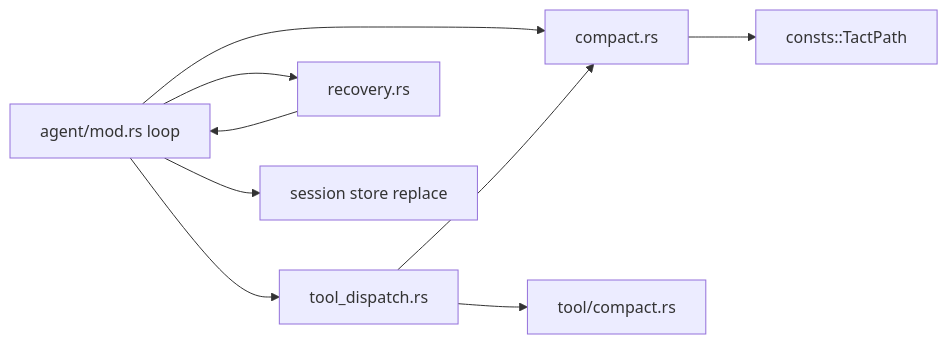
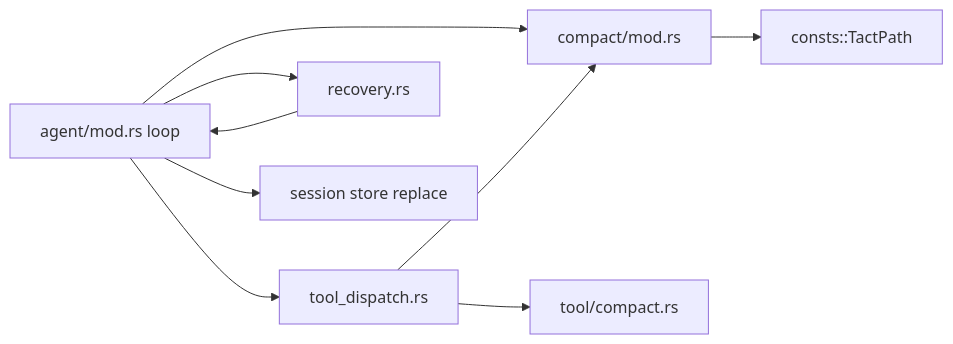
Diagram 15 of 15 in book/05_chapter_compact.md (rust-infra/tact), drawn with Mermaid before and after one commit. The commit also changed other lines of this file and 179 other files, not shown here.

````diff
--- a/book/05_chapter_compact.md
+++ b/book/05_chapter_compact.md
@@ -587,11 +602,11 @@
 ```mermaid
 flowchart LR
-    Loop[agent/mod.rs loop] --> Compact[compact.rs]
+    Loop[agent/mod.rs loop] --> Compact[compact/mod.rs]
     Loop --> Dispatch[tool_dispatch.rs]
     Dispatch --> Compact
     Dispatch --> CompactTool[tool/compact.rs]
     Loop --> Recovery[recovery.rs]
     Recovery --> Loop
     Compact --> Paths[consts::TactPath]
     Loop --> Store[session store replace]
 ```
````
